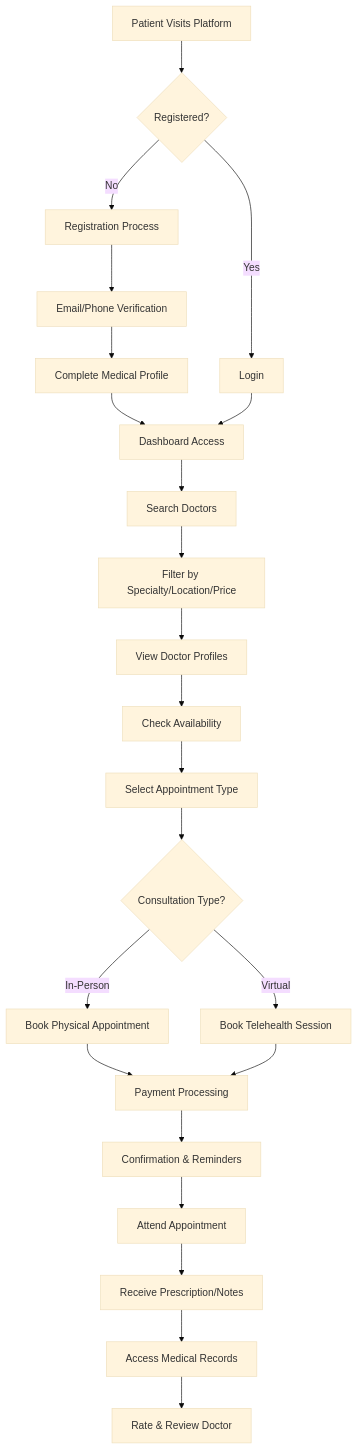
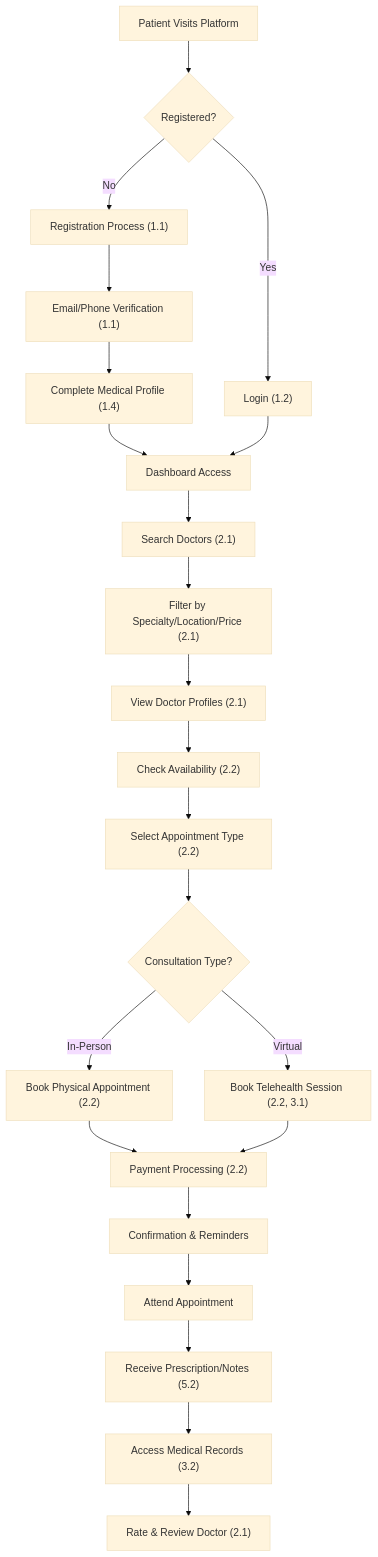
One commit to noumanjavaid96/Mediverse changed the first of 6 diagrams in Document Presented.md. Above: the diagram before and after it, drawn with Mermaid (base theme). The commit also changed other lines of this file, not shown here.

````diff
--- a/Document Presented.md
+++ b/Document Presented.md
@@ -98,25 +98,25 @@
 ```mermaid
 flowchart TD
     A[Patient Visits Platform] --> B{Registered?}
-    B -->|No| C[Registration Process]
-    B -->|Yes| D[Login]
-    C --> E[Email/Phone Verification]
-    E --> F[Complete Medical Profile]
+    B -->|No| C["Registration Process (1.1)"]
+    B -->|Yes| D["Login (1.2)"]
+    C --> E["Email/Phone Verification (1.1)"]
+    E --> F["Complete Medical Profile (1.4)"]
     F --> G[Dashboard Access]
     D --> G
-    G --> H[Search Doctors]
-    H --> I[Filter by Specialty/Location/Price]
-    I --> J[View Doctor Profiles]
-    J --> K[Check Availability]
-    K --> L[Select Appointment Type]
+    G --> H["Search Doctors (2.1)"]
+    H --> I["Filter by Specialty/Location/Price (2.1)"]
+    I --> J["View Doctor Profiles (2.1)"]
+    J --> K["Check Availability (2.2)"]
+    K --> L["Select Appointment Type (2.2)"]
     L --> M{Consultation Type?}
-    M -->|In-Person| N[Book Physical Appointment]
-    M -->|Virtual| O[Book Telehealth Session]
-    N --> P[Payment Processing]
+    M -->|In-Person| N["Book Physical Appointment (2.2)"]
+    M -->|Virtual| O["Book Telehealth Session (2.2, 3.1)"]
+    N --> P["Payment Processing (2.2)"]
     O --> P
     P --> Q[Confirmation & Reminders]
     Q --> R[Attend Appointment]
-    R --> S[Receive Prescription/Notes]
-    S --> T[Access Medical Records]
-    T --> U[Rate & Review Doctor]
+    R --> S["Receive Prescription/Notes (5.2)"]
+    S --> T["Access Medical Records (3.2)"]
+    T --> U["Rate & Review Doctor (2.1)"]
 ```
````
